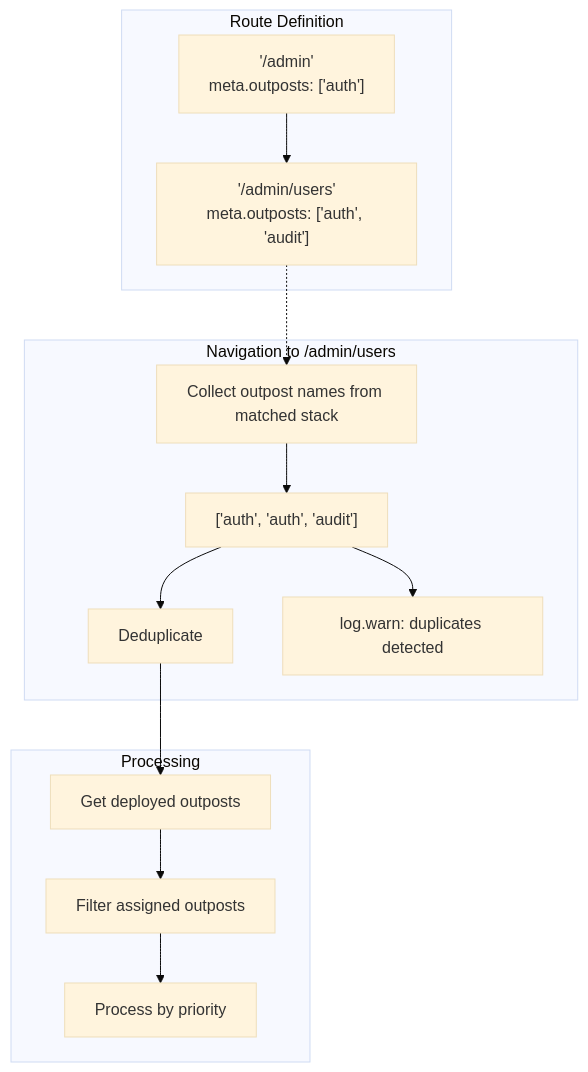
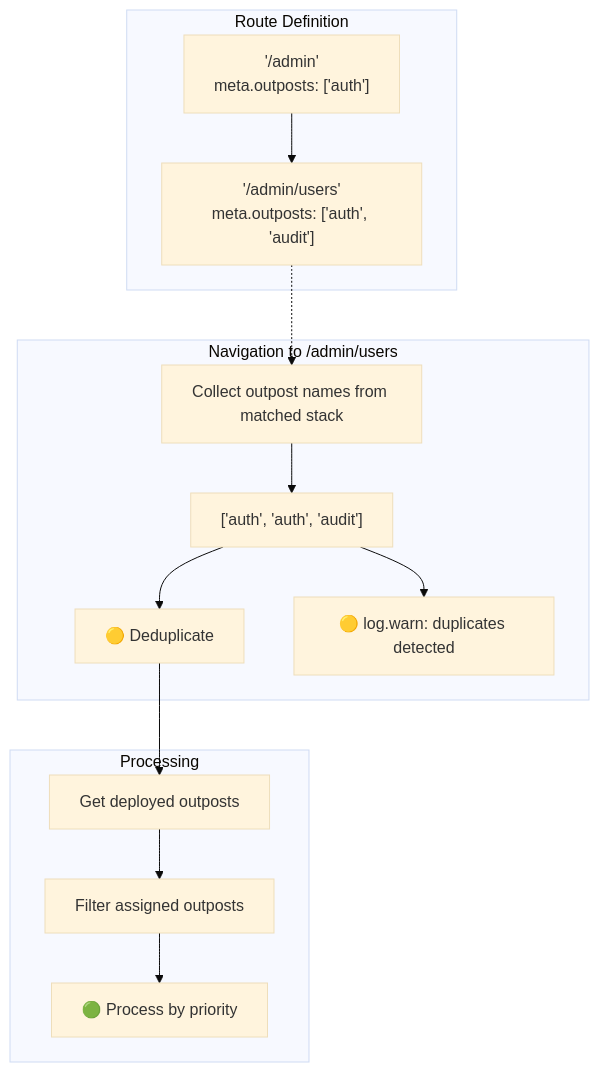
The first of 2 diagrams in docs/guide/scopes.md (Kassaila/vue-router-citadel), drawn with Mermaid (base theme) before and after one commit. The commit also changed other lines of this file and 36 other files, not shown here.

````diff
--- a/docs/guide/scopes.md
+++ b/docs/guide/scopes.md
@@ -42,29 +42,29 @@
 ```mermaid
 flowchart TD
     subgraph Routes["Route Definition"]
         A["'/admin'<br/>meta.outposts: ['auth']"]
         B["'/admin/users'<br/>meta.outposts: ['auth', 'audit']"]
         A --> B
     end
 
     subgraph Collection["Navigation to /admin/users"]
         C["Collect outpost names from matched stack"]
         D["['auth', 'auth', 'audit']"]
-        E["Deduplicate"]
-        F["log.warn: duplicates detected"]
+        E["🟡 Deduplicate"]
+        F["🟡 log.warn: duplicates detected"]
     end
 
     subgraph Execution["Processing"]
         G["Get deployed outposts"]
         H["Filter assigned outposts"]
-        I["Process by priority"]
+        I["🟢 Process by priority"]
     end
 
     B -.-> C
     C --> D
     D --> E
     D --> F
     E --> G
     G --> H
     H --> I
 ```
````
